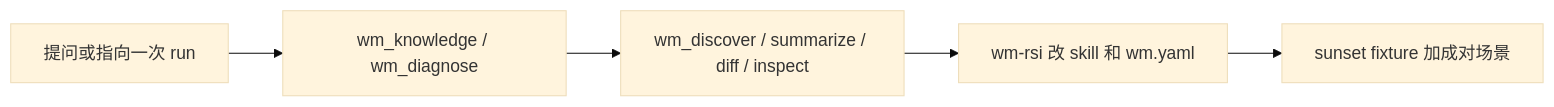
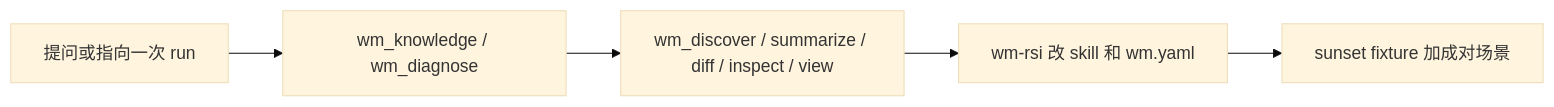
The diagram in README.zh.md (WayneJin0918/dsh-wm), drawn with Mermaid (base theme) before and after one commit. The commit also changed other lines of this file and 30 other files, not shown here.

````diff
--- a/README.zh.md
+++ b/README.zh.md
@@ -255,7 +275,7 @@
 ```mermaid
 flowchart LR
   play[提问或指向一次 run] --> know[wm_knowledge / wm_diagnose]
-  know --> measure[wm_discover / summarize / diff / inspect]
+  know --> measure[wm_discover / summarize / diff / inspect / view]
   measure --> rsi[wm-rsi 改 skill 和 wm.yaml]
   rsi --> gate[sunset fixture 加成对场景]
 ```
````
